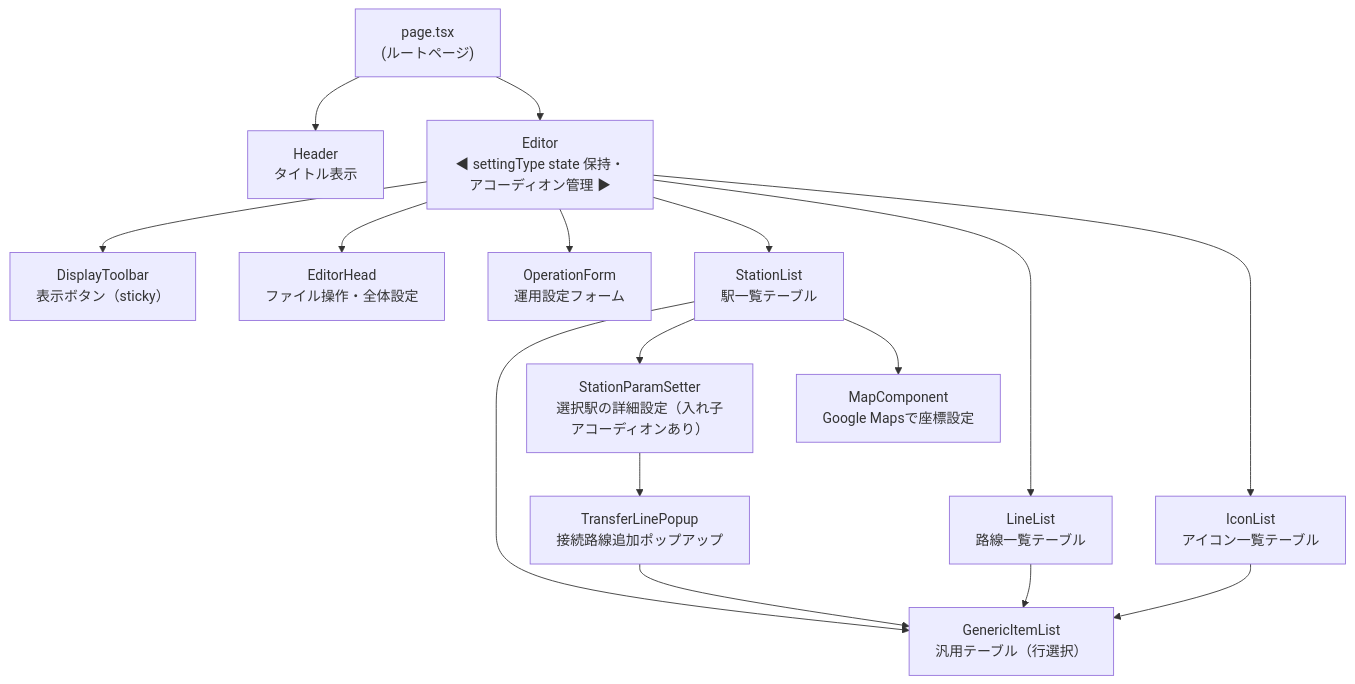
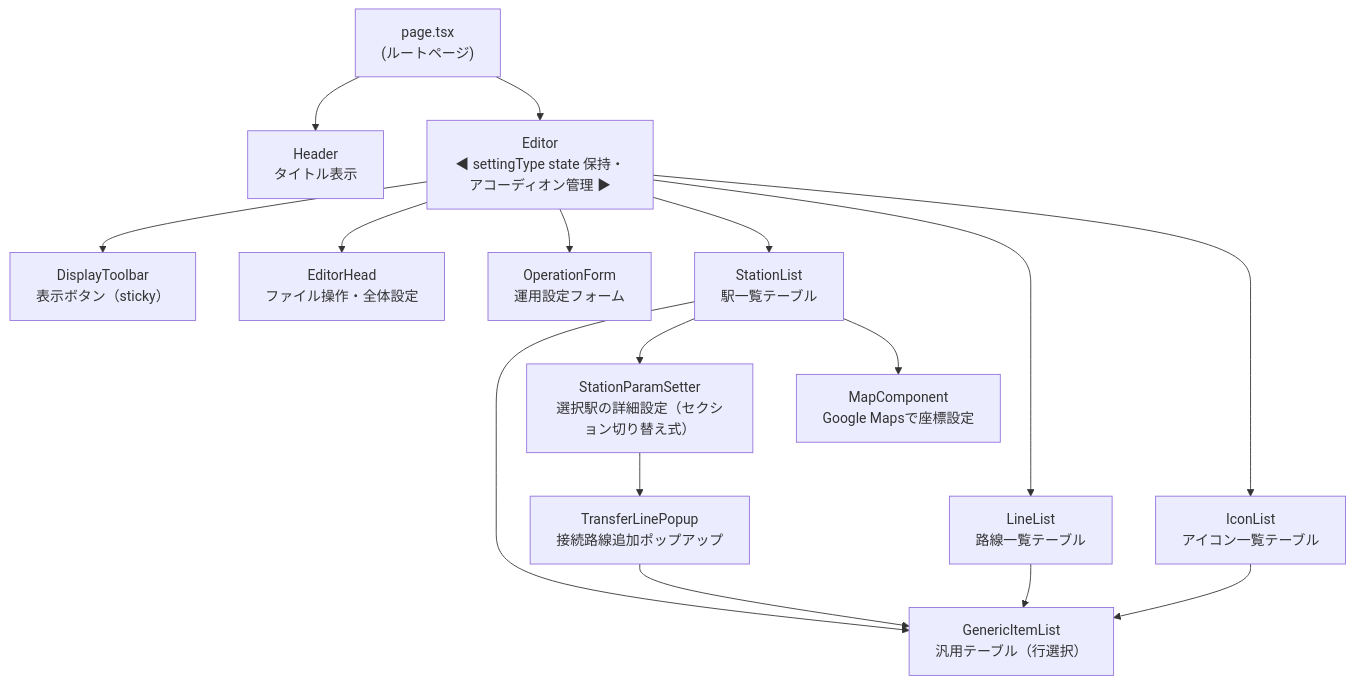
Before and after one commit to gosenzoo/trainLCD_deploy: the second of 4 diagrams in spec.md, drawn with Mermaid. The commit also changed other lines of this file and 3 other files, not shown here.

````diff
--- a/spec.md
+++ b/spec.md
@@ -214,33 +214,33 @@
 ```mermaid
 graph TD
     Page["page.tsx\n(ルートページ)"]
     Header["Header\nタイトル表示"]
     Editor["Editor\n◀ settingType state 保持・アコーディオン管理 ▶"]
     DisplayToolbar["DisplayToolbar\n表示ボタン（sticky）"]
     EditorHead["EditorHead\nファイル操作・全体設定"]
     OperationForm["OperationForm\n運用設定フォーム"]
     StationList["StationList\n駅一覧テーブル"]
     LineList["LineList\n路線一覧テーブル"]
     IconList["IconList\nアイコン一覧テーブル"]
     GenericItemList["GenericItemList\n汎用テーブル（行選択）"]
-    StationParamSetter["StationParamSetter\n選択駅の詳細設定（入れ子アコーディオンあり）"]
+    StationParamSetter["StationParamSetter\n選択駅の詳細設定（セクション切り替え式）"]
     MapComponent["MapComponent\nGoogle Mapsで座標設定"]
 
     Page --> Header
     Page --> Editor
     Editor --> DisplayToolbar
     Editor --> EditorHead
     Editor --> OperationForm
     Editor --> StationList
     Editor --> LineList
     Editor --> IconList
     TransferLinePopup["TransferLinePopup\n接続路線追加ポップアップ"]
 
     StationList --> GenericItemList
     LineList --> GenericItemList
     IconList --> GenericItemList
     StationList --> StationParamSetter
     StationList --> MapComponent
     StationParamSetter --> TransferLinePopup
     TransferLinePopup --> GenericItemList
 ```
````
